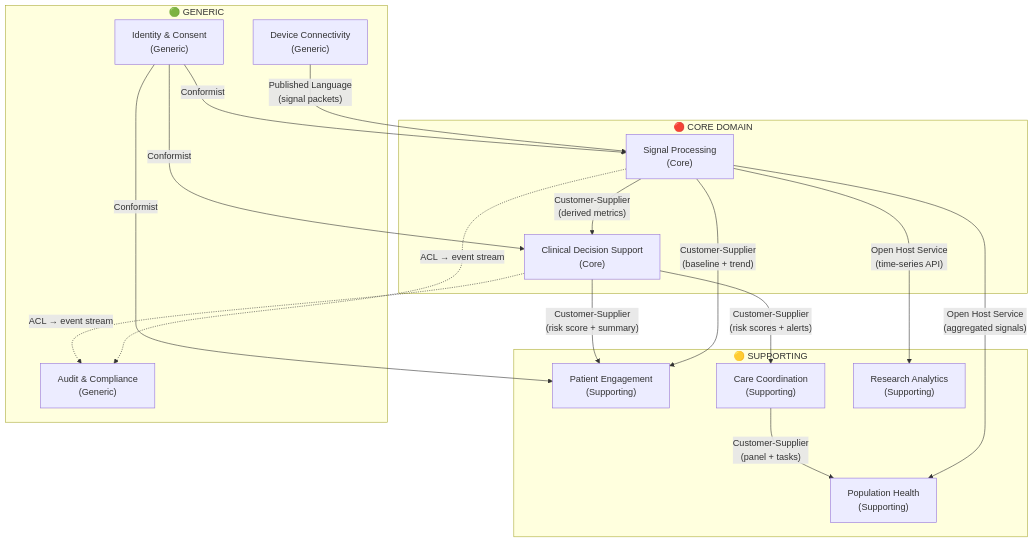
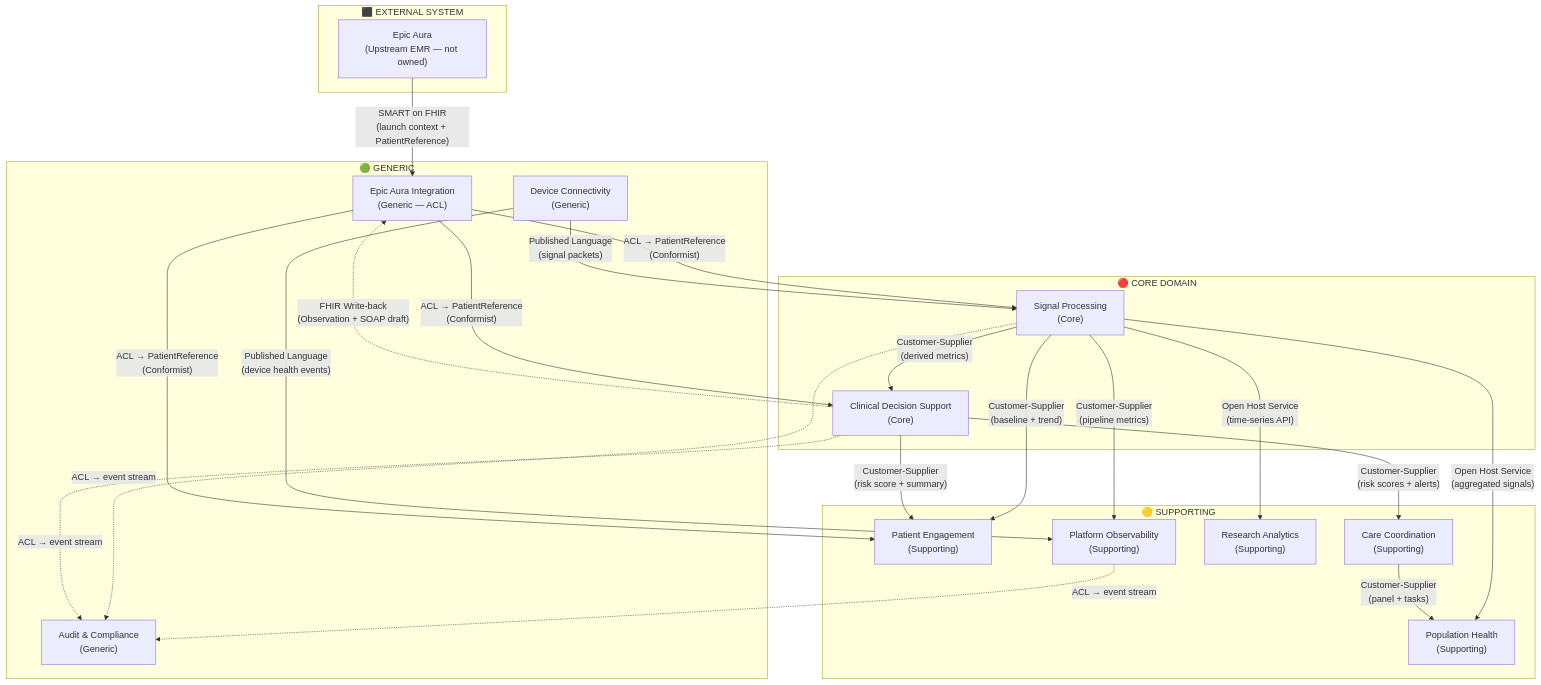
Before and after one commit to lgundlapalli/Accelerators: the diagram in projects/Multi-Signal Device/domain-model/context-map.md, drawn with Mermaid. The commit also changed other lines of this file and 1 other file, not shown here.

Commit message:
feat: add Epic Aura SMART on FHIR integration to DDD model
- Replace Identity & Consent with Epic Aura Integration (ACL) bounded context
- PatientReference value object: opaque Epic FHIR Patient ID, session-only,
  never persisted — no patient profile stored on platform
- SMART on FHIR launch flow: Epic passes PatientReference on app launch
- Optional FHIR R4 write-back: risk scores as Observation, SOAP drafts as DocumentReference
- 4 new domain events: PatientSessionEstablished/Expired, RiskScoreWrittenToEpic, SOAPDraftWrittenToEpic
- Context map updated with External Epic Aura node and ACL boundary
- Tech stack: Epic App Orchard registration, FHIR R4 API endpoints

````diff
--- a/projects/Multi-Signal Device/domain-model/context-map.md
+++ b/projects/Multi-Signal Device/domain-model/context-map.md
@@ -3,34 +3,45 @@
 ```mermaid
 graph TD
+    subgraph External["⬛ EXTERNAL SYSTEM"]
+        EPICAURA["Epic Aura\n(Upstream EMR — not owned)"]
+    end
+
     subgraph Core["🔴 CORE DOMAIN"]
         SP["Signal Processing\n(Core)"]
         CDS["Clinical Decision Support\n(Core)"]
     end
 
     subgraph Supporting["🟡 SUPPORTING"]
         PE["Patient Engagement\n(Supporting)"]
         CC["Care Coordination\n(Supporting)"]
         RA["Research Analytics\n(Supporting)"]
         PH["Population Health\n(Supporting)"]
+        OBS["Platform Observability\n(Supporting)"]
     end
 
     subgraph Generic["🟢 GENERIC"]
         AC["Audit & Compliance\n(Generic)"]
         DC["Device Connectivity\n(Generic)"]
-        IAM["Identity & Consent\n(Generic)"]
+        EPIC["Epic Aura Integration\n(Generic — ACL)"]
     end
+
+    EPICAURA -->|"SMART on FHIR\n(launch context + PatientReference)"| EPIC
+    EPIC -->|"ACL → PatientReference\n(Conformist)"| SP
+    EPIC -->|"ACL → PatientReference\n(Conformist)"| CDS
+    EPIC -->|"ACL → PatientReference\n(Conformist)"| PE
+    CDS -.->|"FHIR Write-back\n(Observation + SOAP draft)"| EPIC
 
     DC -->|"Published Language\n(signal packets)"| SP
     SP -->|"Customer-Supplier\n(derived metrics)"| CDS
     SP -->|"Customer-Supplier\n(baseline + trend)"| PE
     SP -->|"Open Host Service\n(time-series API)"| RA
     SP -->|"Open Host Service\n(aggregated signals)"| PH
     CDS -->|"Customer-Supplier\n(risk scores + alerts)"| CC
     CDS -->|"Customer-Supplier\n(risk score + summary)"| PE
     CC -->|"Customer-Supplier\n(panel + tasks)"| PH
-    IAM -->|"Conformist"| SP
-    IAM -->|"Conformist"| CDS
-    IAM -->|"Conformist"| PE
+    DC -->|"Published Language\n(device health events)"| OBS
+    SP -->|"Customer-Supplier\n(pipeline metrics)"| OBS
     SP -.->|"ACL → event stream"| AC
     CDS -.->|"ACL → event stream"| AC
+    OBS -.->|"ACL → event stream"| AC
 ```
````
